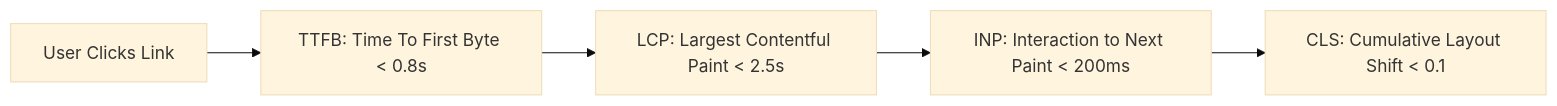
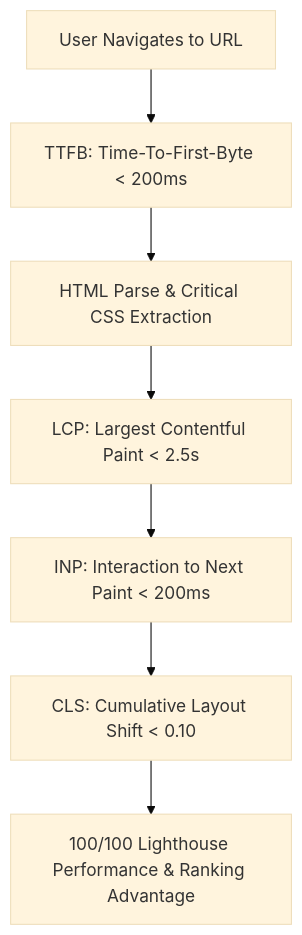
One commit to seoerai/seo changed the first of 2 diagrams in page-speed-and-core-web-vitals/README.md. Above: the diagram before and after it, drawn with Mermaid (base theme). The commit also changed other lines of this file and 4 other files, not shown here.

````diff
--- a/page-speed-and-core-web-vitals/README.md
+++ b/page-speed-and-core-web-vitals/README.md
@@ -11,7 +11,9 @@
 ```mermaid
-flowchart LR
-    A[User Clicks Link] --> B[TTFB: Time To First Byte < 0.8s]
-    B --> C[LCP: Largest Contentful Paint < 2.5s]
-    C --> D[INP: Interaction to Next Paint < 200ms]
-    D --> E[CLS: Cumulative Layout Shift < 0.1]
+flowchart TD
+    A[User Navigates to URL] --> B[TTFB: Time-To-First-Byte < 200ms]
+    B --> C[HTML Parse & Critical CSS Extraction]
+    C --> D[LCP: Largest Contentful Paint < 2.5s]
+    D --> E[INP: Interaction to Next Paint < 200ms]
+    E --> F[CLS: Cumulative Layout Shift < 0.10]
+    F --> G[100/100 Lighthouse Performance & Ranking Advantage]
 ```
````
